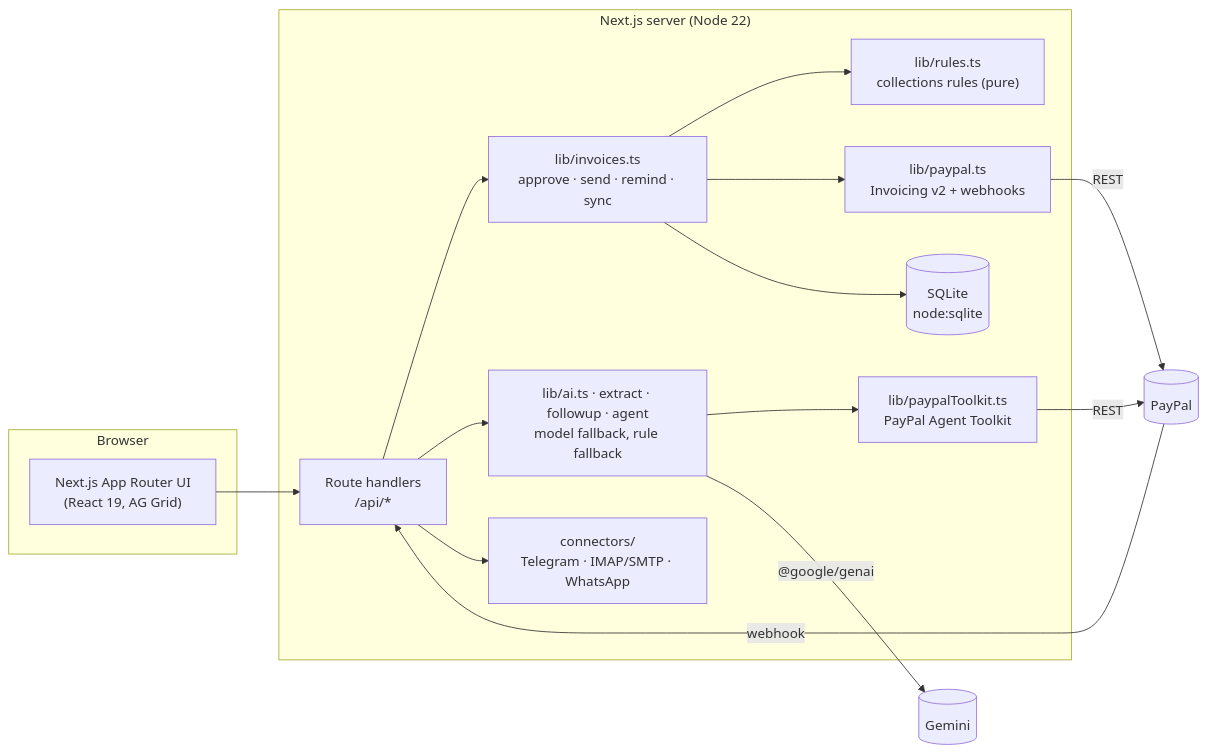
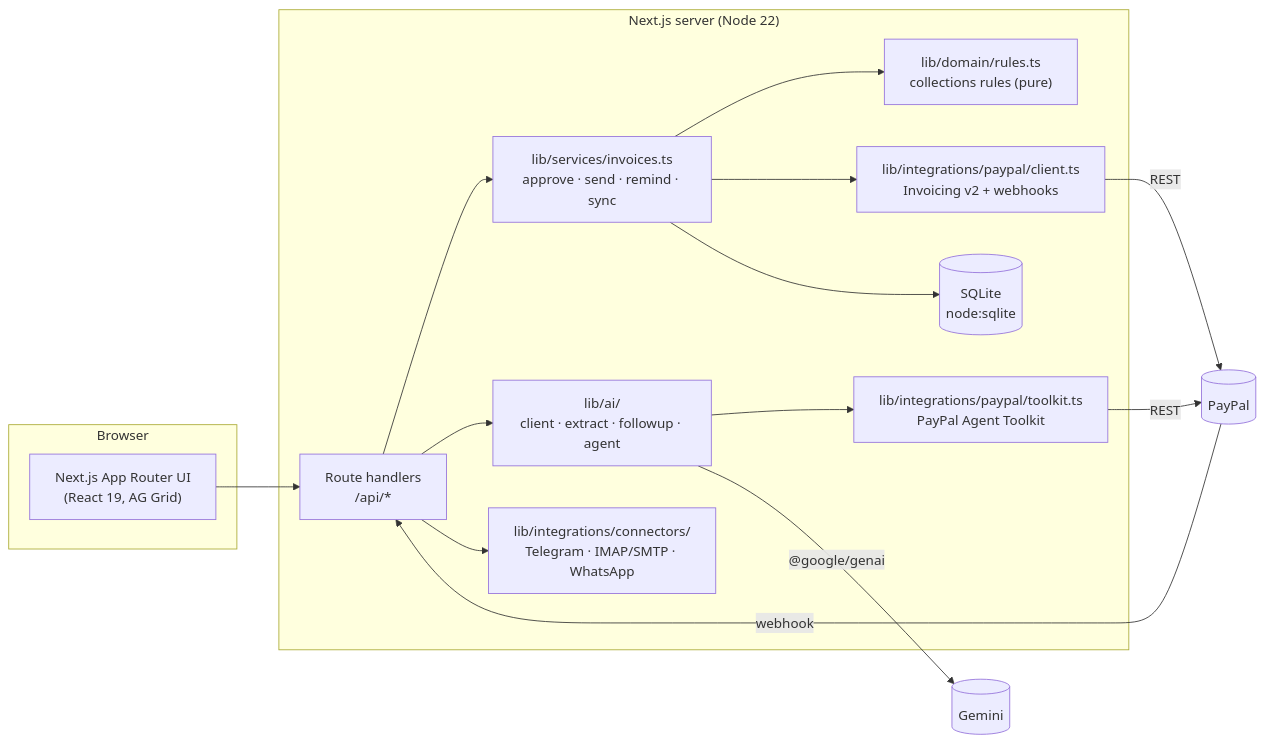
The second of 2 diagrams in README.md (luckyr942/leash), drawn with Mermaid before and after one commit. The commit also changed other lines of this file and 146 other files, not shown here.

Commit message:
refactor: layered architecture, env validation, error pages, lint, CI and tests

````diff
--- a/README.md
+++ b/README.md
@@ -143,24 +144,24 @@
 ```mermaid
 flowchart LR
     subgraph Browser
         UI["Next.js App Router UI<br/>(React 19, AG Grid)"]
     end
     subgraph Server["Next.js server (Node 22)"]
         API["Route handlers<br/>/api/*"]
-        INV["lib/invoices.ts<br/>approve · send · remind · sync"]
-        RULES["lib/rules.ts<br/>collections rules (pure)"]
-        AI["lib/ai.ts · extract · followup · agent<br/>model fallback, rule fallback"]
-        PP["lib/paypal.ts<br/>Invoicing v2 + webhooks"]
-        TK["lib/paypalToolkit.ts<br/>PayPal Agent Toolkit"]
+        INV["lib/services/invoices.ts<br/>approve · send · remind · sync"]
+        RULES["lib/domain/rules.ts<br/>collections rules (pure)"]
+        AI["lib/ai/<br/>client · extract · followup · agent"]
+        PP["lib/integrations/paypal/client.ts<br/>Invoicing v2 + webhooks"]
+        TK["lib/integrations/paypal/toolkit.ts<br/>PayPal Agent Toolkit"]
         DB[("SQLite<br/>node:sqlite")]
-        CON["connectors/<br/>Telegram · IMAP/SMTP · WhatsApp"]
+        CON["lib/integrations/connectors/<br/>Telegram · IMAP/SMTP · WhatsApp"]
     end
     UI --> API
     API --> INV & AI & CON
     INV --> RULES & PP & DB
     AI --> TK
     AI -->|"@google/genai"| GEM[(Gemini)]
     PP -->|REST| PAYPAL[(PayPal)]
     TK -->|REST| PAYPAL
     PAYPAL -->|webhook| API
 ```
````
